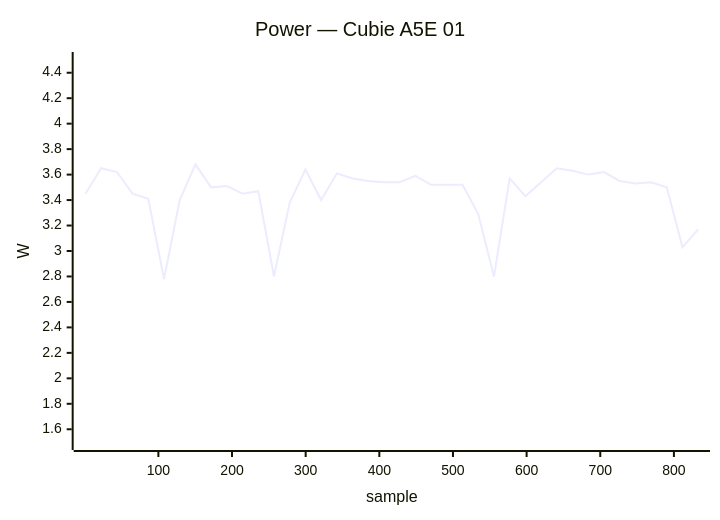
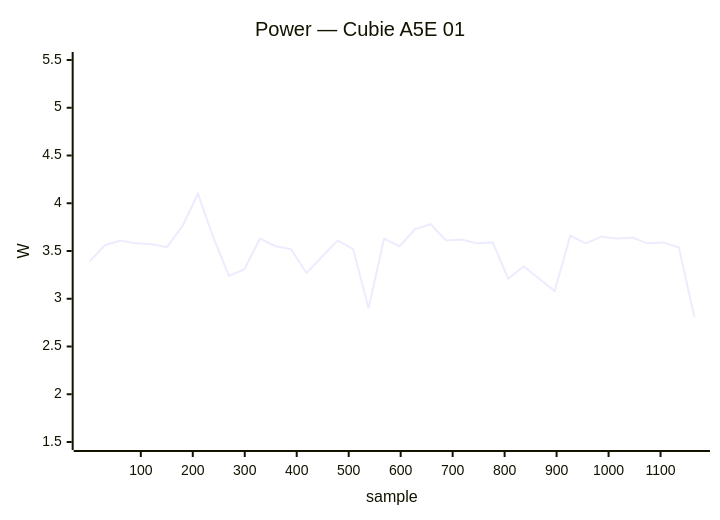
One commit to armbian/documentation changed the fourth of 24 diagrams in docs/status/board-tests.md. Above: the diagram before and after it, drawn with Mermaid. The commit also changed other lines of this file, not shown here.

````diff
--- a/docs/status/board-tests.md
+++ b/docs/status/board-tests.md
@@ -234,7 +234,7 @@
     ```mermaid
     xychart-beta
         title "Power — Cubie A5E 01"
-        x-axis "sample" 1 --> 833
-        y-axis "W" 1.5 --> 4.5
-        line [3.45, 3.65, 3.62, 3.45, 3.41, 2.78, 3.40, 3.68, 3.50, 3.51, 3.45, 3.47, 2.80, 3.38, 3.64, 3.40, 3.61, 3.57, 3.55, 3.54, 3.54, 3.59, 3.52, 3.52, 3.52, 3.29, 2.80, 3.57, 3.43, 3.54, 3.65, 3.63, 3.60, 3.62, 3.55, 3.53, 3.54, 3.50, 3.03, 3.17]
+        x-axis "sample" 1 --> 1165
+        y-axis "W" 1.5 --> 5.5
+        line [3.39, 3.56, 3.61, 3.58, 3.57, 3.54, 3.76, 4.10, 3.64, 3.24, 3.31, 3.63, 3.55, 3.52, 3.27, 3.44, 3.61, 3.52, 2.90, 3.63, 3.55, 3.73, 3.78, 3.61, 3.62, 3.58, 3.59, 3.21, 3.34, 3.21, 3.08, 3.66, 3.58, 3.65, 3.63, 3.64, 3.58, 3.59, 3.54, 2.81]
     ```
````
